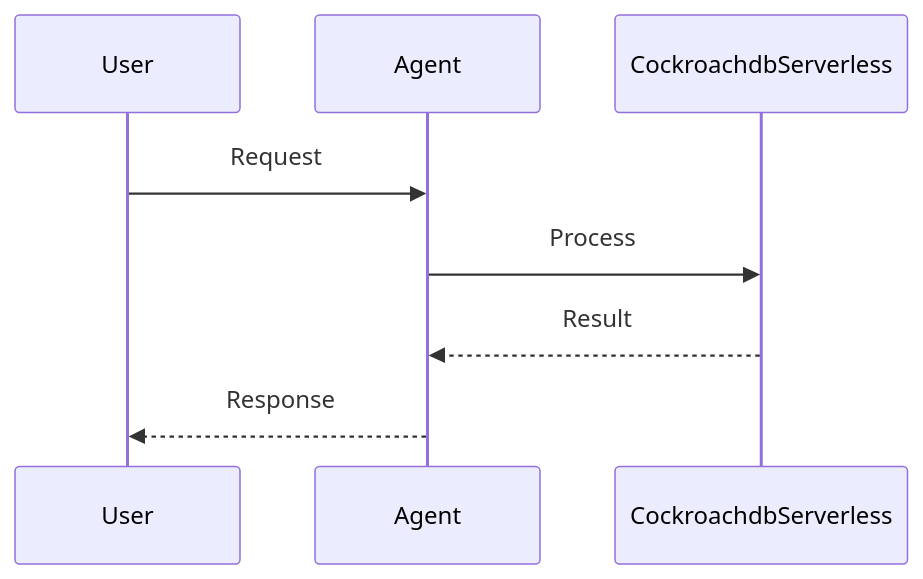
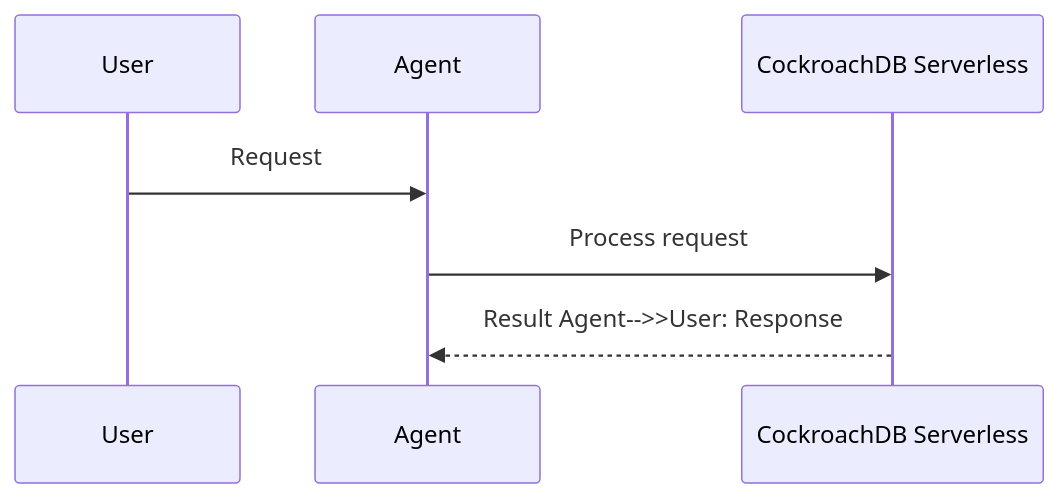
Before and after one commit to MervinPraison/PraisonAIDocs: the second of 2 diagrams in docs/features/cockroachdb.mdx, drawn with Mermaid. The commit also changed 204 other files, not shown here.

First line of the commit message:
docs: align feature/tool pages with AGENTS.md hero + sequence + import standards (fixes #1775)

````diff
--- a/docs/features/cockroachdb.mdx
+++ b/docs/features/cockroachdb.mdx
@@ -53,11 +53,10 @@
 ```mermaid
 sequenceDiagram
     participant User
     participant Agent
-    participant CockroachdbServerless
+    participant Feature as CockroachDB Serverless
 
     User->>Agent: Request
-    Agent->>CockroachdbServerless: Process
-    CockroachdbServerless-->>Agent: Result
-    Agent-->>User: Response
+    Agent->>Feature: Process request
+    Feature-->>Agent: Result    Agent-->>User: Response
 ```
````
